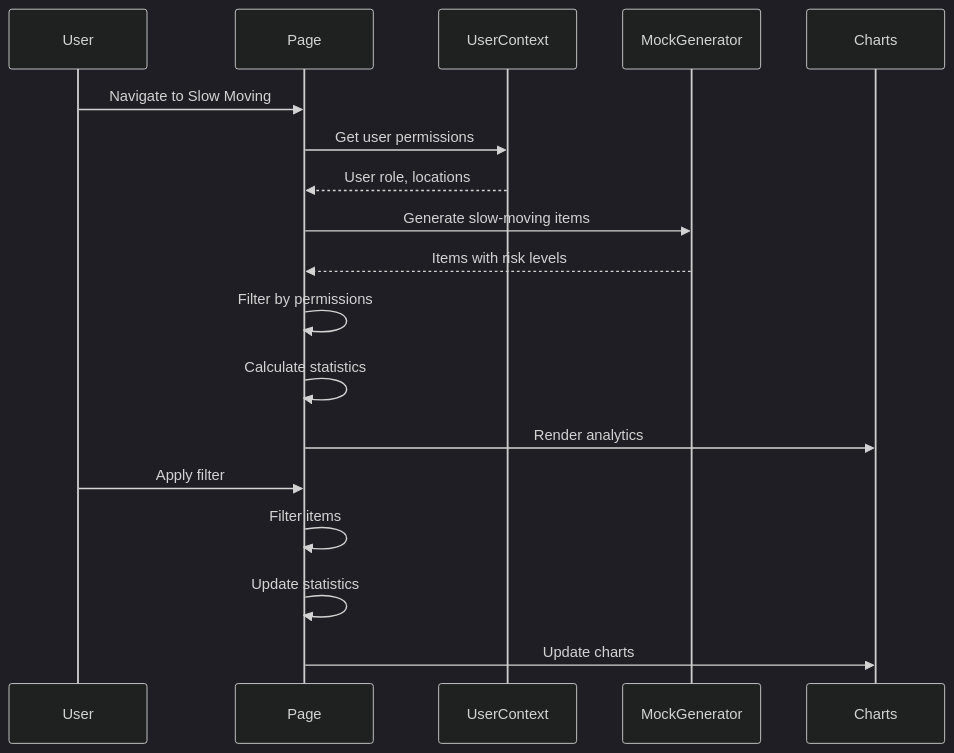
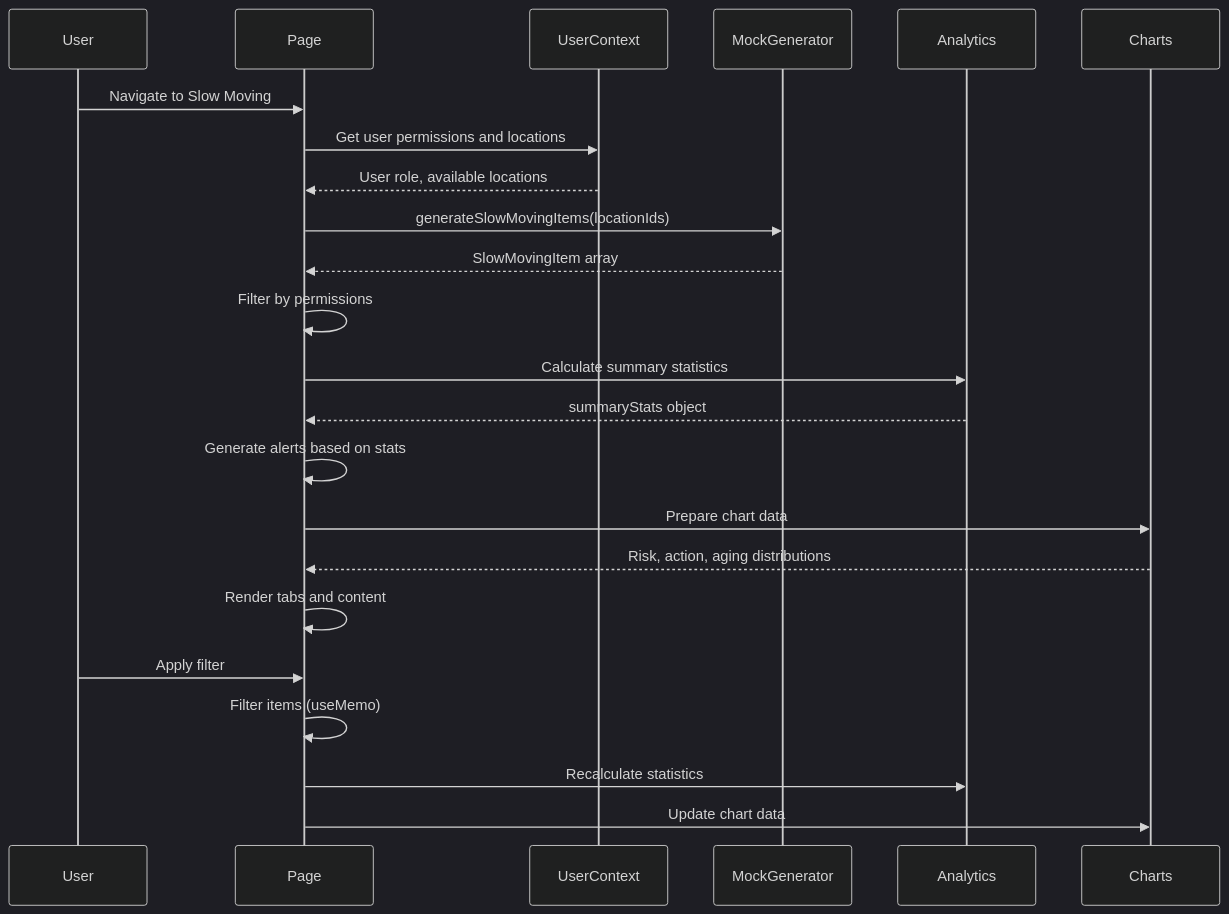
The third of 3 diagrams in docs/app/inventory-management/stock-overview/slow-moving/TS-slow-moving.md (PeakMNA/carmen), drawn with Mermaid (dark theme) before and after one commit. The commit also changed other lines of this file and 473 other files, not shown here.

````diff
--- a/docs/app/inventory-management/stock-overview/slow-moving/TS-slow-moving.md
+++ b/docs/app/inventory-management/stock-overview/slow-moving/TS-slow-moving.md
@@ -169,22 +440,27 @@
 ```mermaid
 sequenceDiagram
     participant User
     participant Page
     participant UserContext
     participant MockGenerator
+    participant Analytics
     participant Charts
 
     User->>Page: Navigate to Slow Moving
-    Page->>UserContext: Get user permissions
-    UserContext-->>Page: User role, locations
-    Page->>MockGenerator: Generate slow-moving items
-    MockGenerator-->>Page: Items with risk levels
+    Page->>UserContext: Get user permissions and locations
+    UserContext-->>Page: User role, available locations
+    Page->>MockGenerator: generateSlowMovingItems(locationIds)
+    MockGenerator-->>Page: SlowMovingItem array
     Page->>Page: Filter by permissions
-    Page->>Page: Calculate statistics
-    Page->>Charts: Render analytics
+    Page->>Analytics: Calculate summary statistics
+    Analytics-->>Page: summaryStats object
+    Page->>Page: Generate alerts based on stats
+    Page->>Charts: Prepare chart data
+    Charts-->>Page: Risk, action, aging distributions
+    Page->>Page: Render tabs and content
 
     User->>Page: Apply filter
-    Page->>Page: Filter items
-    Page->>Page: Update statistics
-    Page->>Charts: Update charts
+    Page->>Page: Filter items (useMemo)
+    Page->>Analytics: Recalculate statistics
+    Page->>Charts: Update chart data
 ```
````
